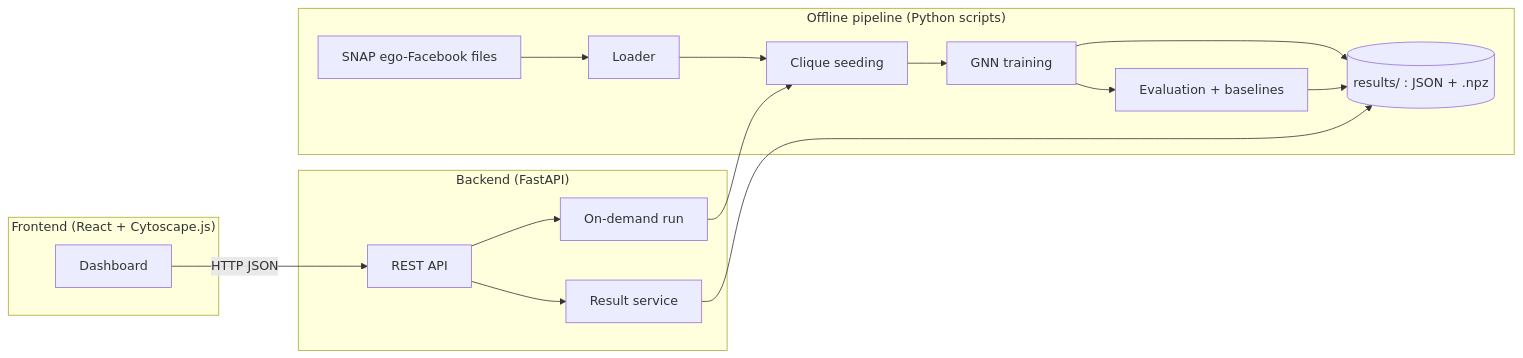
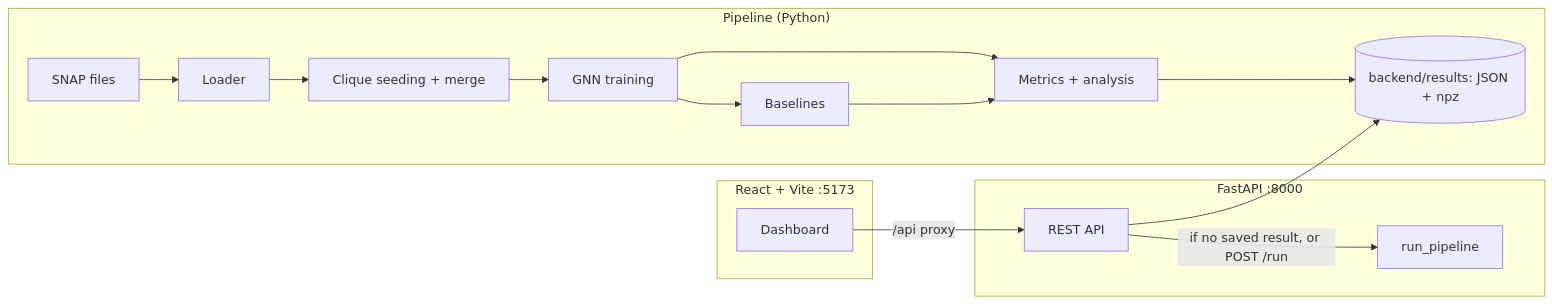
Before and after one commit to gaurav-git7/BDSMA-MiniProject: the diagram in README.md, drawn with Mermaid. The commit also changed other lines of this file, not shown here.

Commit message:
Update README to match implementation, add run guide and honest results

````diff
--- a/README.md
+++ b/README.md
@@ -122,20 +72,19 @@
 ```mermaid
 flowchart LR
-    subgraph Offline["Offline pipeline (Python scripts)"]
-        D[SNAP ego-Facebook files] --> L[Loader]
-        L --> S[Clique seeding]
+    subgraph Offline["Pipeline (Python)"]
+        D[SNAP files] --> L[Loader]
+        L --> S[Clique seeding + merge]
         S --> T[GNN training]
-        T --> E[Evaluation + baselines]
-        T --> R[(results/ : JSON + .npz)]
-        E --> R
+        T --> B[Baselines]
+        T --> E[Metrics + analysis]
+        B --> E
+        E --> R[(backend/results: JSON + npz)]
     end
-    subgraph Backend["Backend (FastAPI)"]
-        API[REST API] --> SV[Result service]
-        SV --> R
-        API --> JOB[On-demand run]
-        JOB --> S
+    subgraph Backend["FastAPI :8000"]
+        API[REST API] --> R
+        API -->|if no saved result, or POST /run| Pipeline[run_pipeline]
     end
-    subgraph Frontend["Frontend (React + Cytoscape.js)"]
-        UI[Dashboard] -->|HTTP JSON| API
+    subgraph Frontend["React + Vite :5173"]
+        UI[Dashboard] -->|/api proxy| API
     end
 ```
````
